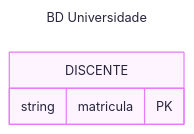
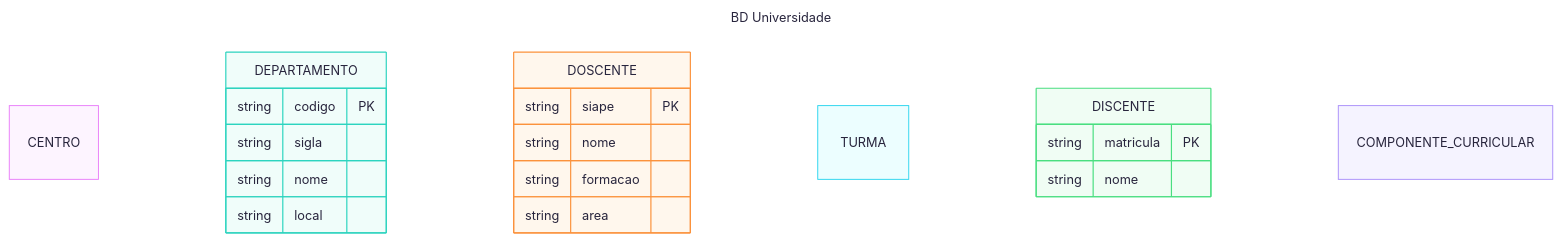
The diagram in atividades/tarefa02/modelagem/bdUniversidade.mermaid (Diego-Axel/bancoDeDados), drawn with Mermaid before and after one commit.

Commit message:
colocando as entidades

```diff
--- a/atividades/tarefa02/modelagem/bdUniversidade.mermaid
+++ b/atividades/tarefa02/modelagem/bdUniversidade.mermaid
@@ -1,11 +1,38 @@
 ---
 config:
   layout: dagre
   theme: redux-color
 title: BD Universidade
 ---
 erDiagram
-    direction TB
-    DISCENTE {
-        string matricula PK ""
-    }
+  direction TB
+  CENTRO {
+        
+  }
+    
+  DEPARTAMENTO {
+    string codigo PK ""
+    string sigla ""
+    string nome ""
+    string local ""
+  }
+
+  DOSCENTE {
+    string siape PK ""
+    string nome ""
+    string formacao ""
+    string area ""
+  }
+
+  TURMA {
+
+  }
+
+  DISCENTE {
+    string matricula PK ""
+    string nome ""
+  }
+
+  COMPONENTE_CURRICULAR {
+
+  }
```
